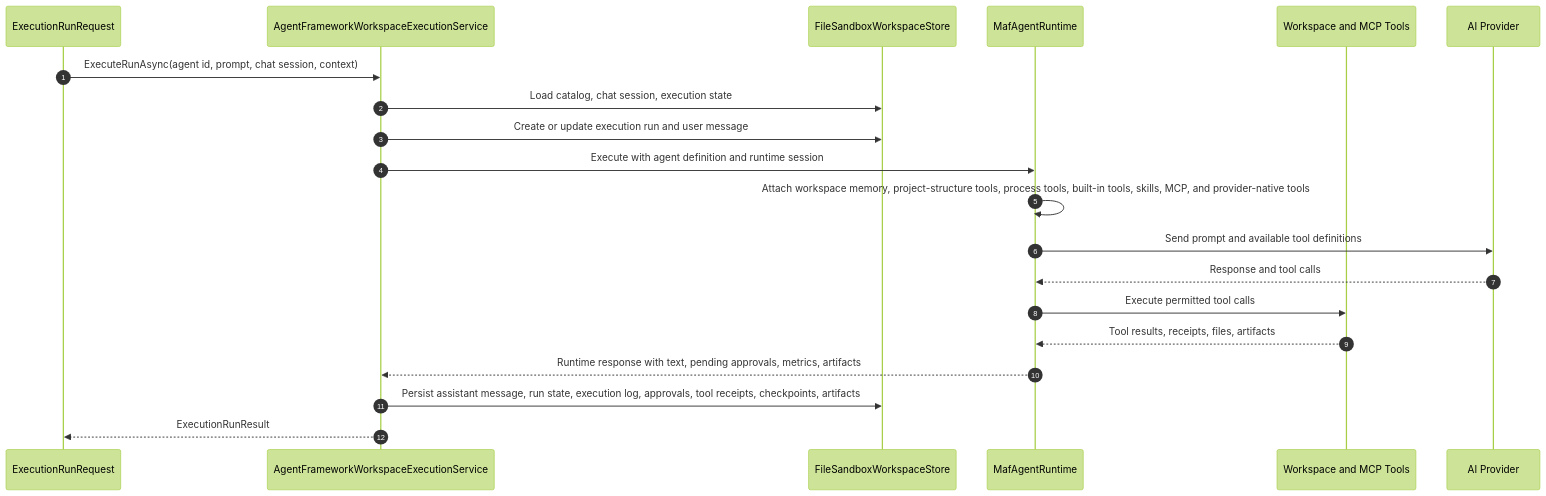
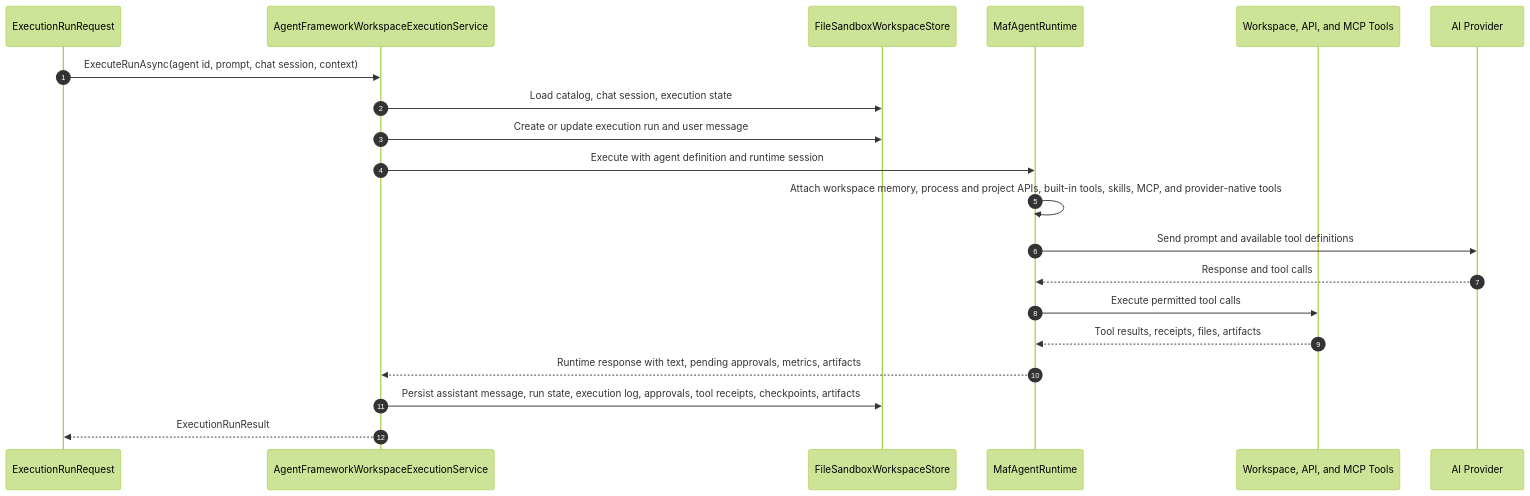
One commit to fyziktom/CanDoItAll changed the eighth of 8 diagrams in docs/architecture-beta.md. Above: the diagram before and after it, drawn with Mermaid (forest theme). The commit also changed other lines of this file and 29 other files, not shown here.

````diff
--- a/docs/architecture-beta.md
+++ b/docs/architecture-beta.md
@@ -293,23 +308,23 @@
 ```mermaid
 sequenceDiagram
     autonumber
     participant Request as ExecutionRunRequest
     participant Service as AgentFrameworkWorkspaceExecutionService
     participant Store as FileSandboxWorkspaceStore
     participant Runtime as MafAgentRuntime
-    participant Tools as Workspace and MCP Tools
+    participant Tools as Workspace, API, and MCP Tools
     participant Provider as AI Provider
 
     Request->>Service: ExecuteRunAsync(agent id, prompt, chat session, context)
     Service->>Store: Load catalog, chat session, execution state
     Service->>Store: Create or update execution run and user message
     Service->>Runtime: Execute with agent definition and runtime session
-    Runtime->>Runtime: Attach workspace memory, project-structure tools, process tools, built-in tools, skills, MCP, and provider-native tools
+    Runtime->>Runtime: Attach workspace memory, process and project APIs, built-in tools, skills, MCP, and provider-native tools
     Runtime->>Provider: Send prompt and available tool definitions
     Provider-->>Runtime: Response and tool calls
     Runtime->>Tools: Execute permitted tool calls
     Tools-->>Runtime: Tool results, receipts, files, artifacts
     Runtime-->>Service: Runtime response with text, pending approvals, metrics, artifacts
     Service->>Store: Persist assistant message, run state, execution log, approvals, tool receipts, checkpoints, artifacts
     Service-->>Request: ExecutionRunResult
 ```
````
